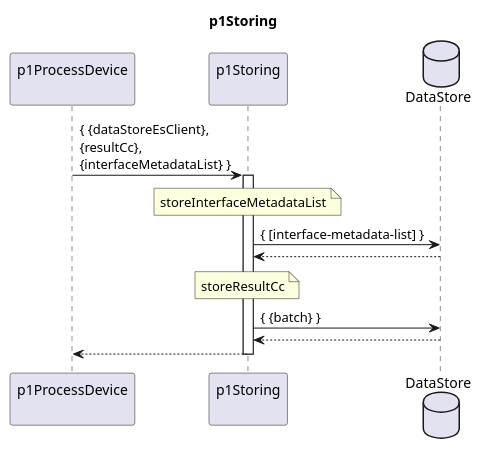
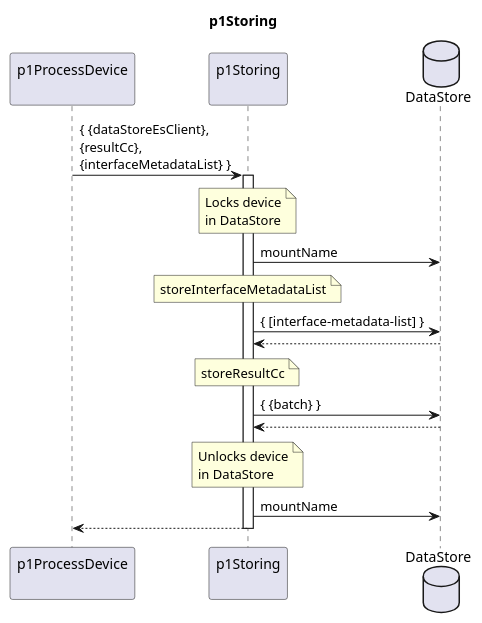
One commit to openBackhaul/DevicePerformanceManagementDataProcessor changed the diagram in spec/Functions/p1StreamPmData/p1ProcessDevice/p1Storing/1.0.0/p1Storing.plantuml. Above: the diagram before and after it, drawn with PlantUML. The commit also changed 3 other files, not shown here.

```diff
--- a/spec/Functions/p1StreamPmData/p1ProcessDevice/p1Storing/1.0.0/p1Storing.plantuml
+++ b/spec/Functions/p1StreamPmData/p1ProcessDevice/p1Storing/1.0.0/p1Storing.plantuml
@@ -1,32 +1,44 @@
 @startuml p1Storing
 skinparam responseMessageBelowArrow true
 
 title
   p1Storing
 end title
 
 participant "p1ProcessDevice\n" as requestor
 participant "p1Storing\n" as cur
 database "DataStore" as ds
 
 
 requestor -> cur : { {dataStoreEsClient},\n{resultCc},\n{interfaceMetadataList} }
 activate cur
 
   note over cur
+    Locks device
+    in DataStore
+  end note
+  cur -> ds: mountName
+
+  note over cur
     storeInterfaceMetadataList
   end note
   cur -> ds: { [interface-metadata-list] }
   cur <-- ds
 
   note over cur
     storeResultCc
   end note
   cur -> ds: { {batch} }
   cur <-- ds
 
+  note over cur
+    Unlocks device
+    in DataStore
+  end note
+  cur -> ds: mountName
+
 requestor <-- cur
 
 deactivate cur
 
 @enduml
```
